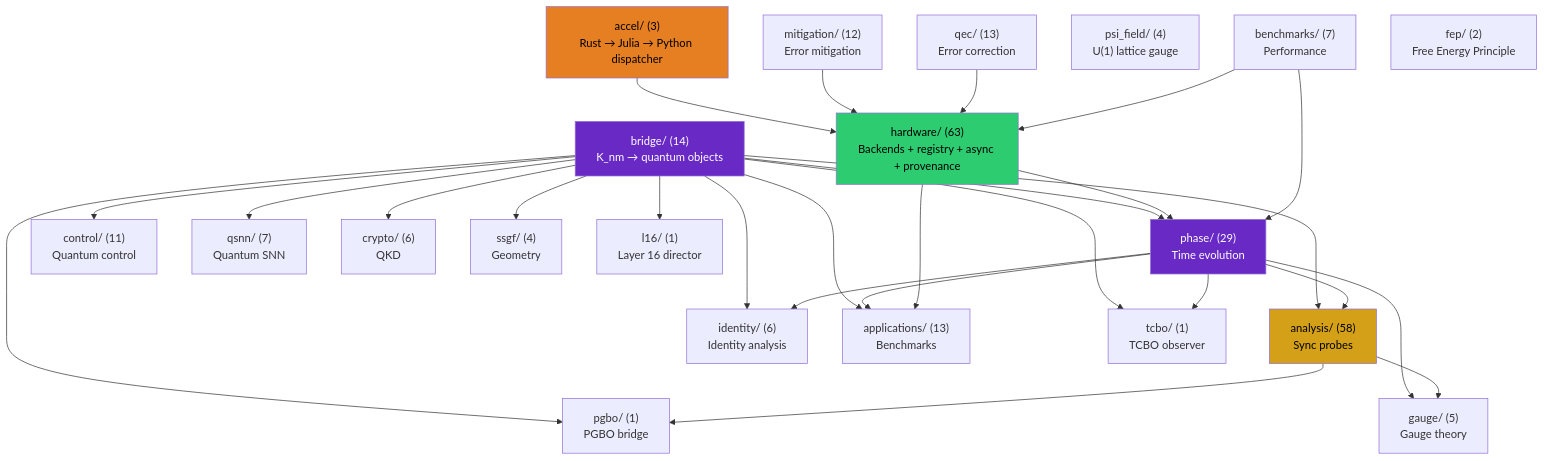
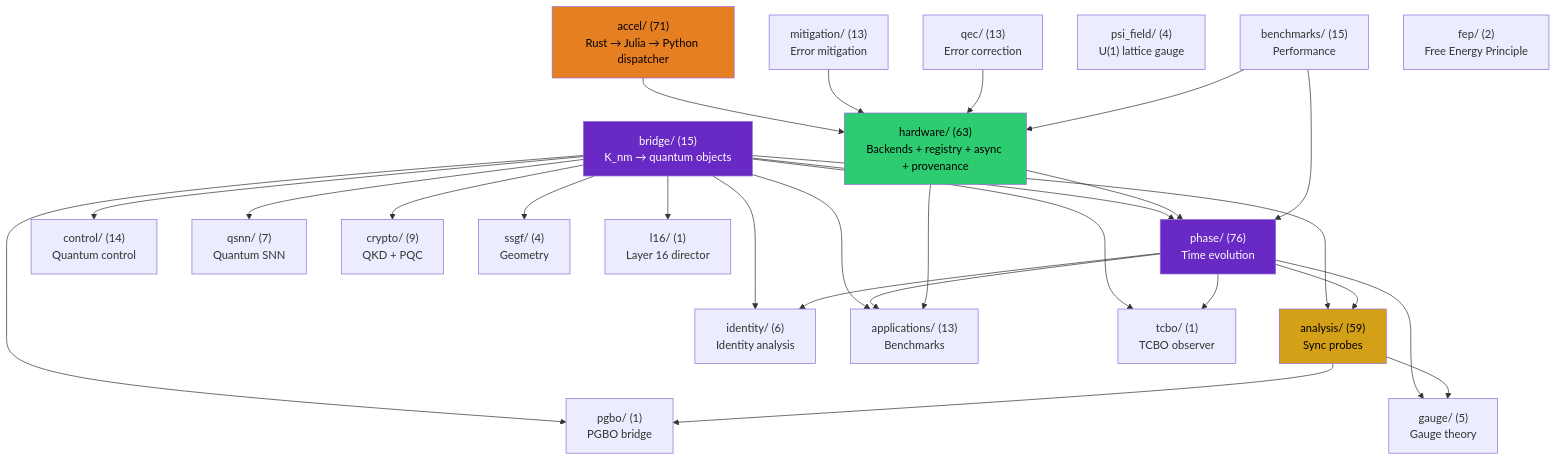
One commit to anulum/scpn-quantum-control changed the first of 4 diagrams in docs/architecture.md. Above: the diagram before and after it, drawn with Mermaid. The commit also changed other lines of this file and 7 other files, not shown here.

````diff
--- a/docs/architecture.md
+++ b/docs/architecture.md
@@ -91,55 +91,55 @@
 ```mermaid
 graph TD
-    bridge["bridge/ (14)\nK_nm → quantum objects"]
-    phase["phase/ (29)\nTime evolution"]
-    analysis["analysis/ (58)\nSync probes"]
-    control["control/ (11)\nQuantum control"]
+    bridge["bridge/ (15)\nK_nm → quantum objects"]
+    phase["phase/ (76)\nTime evolution"]
+    analysis["analysis/ (59)\nSync probes"]
+    control["control/ (14)\nQuantum control"]
     qsnn["qsnn/ (7)\nQuantum SNN"]
     identity["identity/ (6)\nIdentity analysis"]
     hardware["hardware/ (63)\nBackends + registry + async + provenance"]
-    mitigation["mitigation/ (12)\nError mitigation"]
+    mitigation["mitigation/ (13)\nError mitigation"]
     qec["qec/ (13)\nError correction"]
     gauge["gauge/ (5)\nGauge theory"]
     apps["applications/ (13)\nBenchmarks"]
-    crypto["crypto/ (6)\nQKD"]
-    benchmarks["benchmarks/ (7)\nPerformance"]
+    crypto["crypto/ (9)\nQKD + PQC"]
+    benchmarks["benchmarks/ (15)\nPerformance"]
     ssgf["ssgf/ (4)\nGeometry"]
     psi_field["psi_field/ (4)\nU(1) lattice gauge"]
-    accel["accel/ (3)\nRust → Julia → Python dispatcher"]
+    accel["accel/ (71)\nRust → Julia → Python dispatcher"]
     fep["fep/ (2)\nFree Energy Principle"]
     tcbo["tcbo/ (1)\nTCBO observer"]
     pgbo["pgbo/ (1)\nPGBO bridge"]
     l16["l16/ (1)\nLayer 16 director"]
 
     bridge --> phase
     bridge --> analysis
     bridge --> control
     bridge --> qsnn
     bridge --> identity
     bridge --> apps
     bridge --> crypto
     bridge --> ssgf
     phase --> analysis
     phase --> identity
     phase --> apps
     phase --> gauge
     analysis --> gauge
     hardware --> phase
     hardware --> apps
     accel --> hardware
     mitigation --> hardware
     qec --> hardware
     benchmarks --> phase
     benchmarks --> hardware
     bridge --> tcbo
     bridge --> pgbo
     bridge --> l16
     phase --> tcbo
     analysis --> pgbo
 
     style bridge fill:#6929C4,color:#fff
     style analysis fill:#d4a017,color:#000
     style phase fill:#6929C4,color:#fff
     style hardware fill:#2ecc71,color:#000
     style accel fill:#e67e22,color:#000
 ```
````
